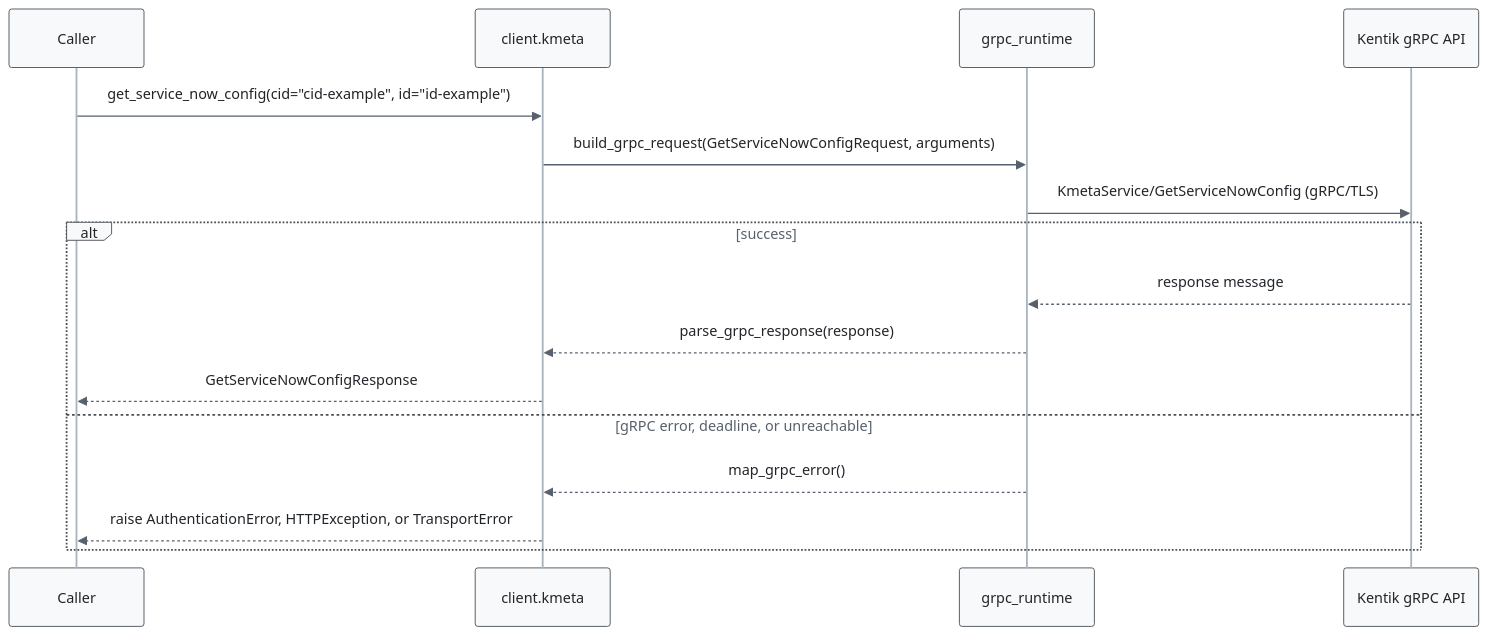
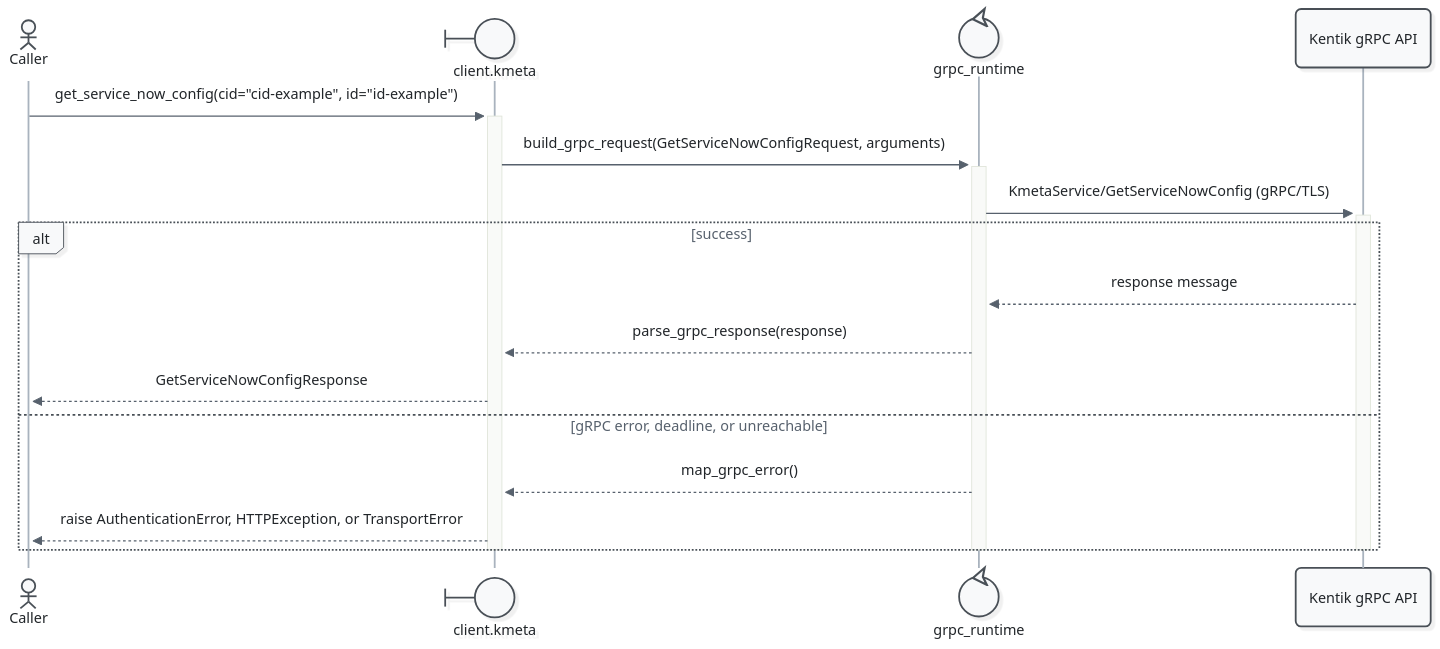
One commit to alexdearaujo/community_sdk_python changed the sixth of 11 diagrams in docs/sphinx/services/kmeta.md. Above: the diagram before and after it, drawn with Mermaid. The commit also changed other lines of this file and 52 other files, not shown here.

First line of the commit message:
docs: Mermaid 12 sequence diagrams with participant types and path colors

````diff
--- a/docs/sphinx/services/kmeta.md
+++ b/docs/sphinx/services/kmeta.md
@@ -214,20 +226,23 @@
 ```mermaid
-%%{init: {"theme": "base", "fontFamily": "ui-monospace, SFMono-Regular, Menlo, monospace", "themeVariables": {"fontFamily": "ui-monospace, SFMono-Regular, Menlo, monospace", "primaryColor": "#f8f9fa", "primaryBorderColor": "#495057", "primaryTextColor": "#212529", "textColor": "#212529", "lineColor": "#77818c", "edgeLabelBackground": "#ffffff", "actorBkg": "#f8f9fa", "actorBorder": "#495057", "actorTextColor": "#212529", "actorLineColor": "#a9b3be", "signalColor": "#57616d", "signalTextColor": "#212529", "labelBoxBkgColor": "#f8f9fa", "labelBoxBorderColor": "#495057", "labelTextColor": "#212529", "loopTextColor": "#57616d", "noteBkgColor": "#fff9db", "noteBorderColor": "#f08c00", "noteTextColor": "#a35a00"}, "flowchart": {"curve": "step", "nodeSpacing": 30, "rankSpacing": 70, "wrappingWidth": 400}}}%%
+%%{init: {"theme": "redux", "look": "neo", "layout": "dagre", "fontFamily": "ui-monospace, SFMono-Regular, Menlo, monospace", "themeVariables": {"fontFamily": "ui-monospace, SFMono-Regular, Menlo, monospace", "primaryColor": "#f8f9fa", "primaryBorderColor": "#495057", "primaryTextColor": "#212529", "textColor": "#212529", "lineColor": "#77818c", "edgeLabelBackground": "#ffffff", "actorBkg": "#f8f9fa", "actorBorder": "#495057", "actorTextColor": "#212529", "actorLineColor": "#a9b3be", "signalColor": "#57616d", "signalTextColor": "#212529", "labelBoxBkgColor": "#f8f9fa", "labelBoxBorderColor": "#495057", "labelTextColor": "#212529", "loopTextColor": "#57616d", "noteBkgColor": "#fff9db", "noteBorderColor": "#f08c00", "noteTextColor": "#a35a00"}, "sequence": {"activationWidth": 16}, "flowchart": {"curve": "step", "nodeSpacing": 30, "rankSpacing": 70, "wrappingWidth": 400}}}%%
 sequenceDiagram
-    participant C as Caller
-    participant W as client.kmeta
-    participant R as grpc_runtime
+    actor C as Caller
+    participant W@{ "type": "boundary" } as client.kmeta
+    participant R@{ "type": "control" } as grpc_runtime
     participant API as Kentik gRPC API
 
-    C->>W: get_service_now_config(cid="cid-example", id="id-example")
-    W->>R: build_grpc_request(GetServiceNowConfigRequest, arguments)
-    R->>API: KmetaService/GetServiceNowConfig (gRPC/TLS)
+    C->>+W: get_service_now_config(cid="cid-example", id="id-example")
+    W->>+R: build_grpc_request(GetServiceNowConfigRequest, arguments)
+    R->>+API: KmetaService/GetServiceNowConfig (gRPC/TLS)
     alt success
         API-->>R: response message
         R-->>W: parse_grpc_response(response)
         W-->>C: GetServiceNowConfigResponse
     else gRPC error, deadline, or unreachable
         R-->>W: map_grpc_error()
         W-->>C: raise AuthenticationError, HTTPException, or TransportError
     end
+    deactivate API
+    deactivate R
+    deactivate W
 ```
````
